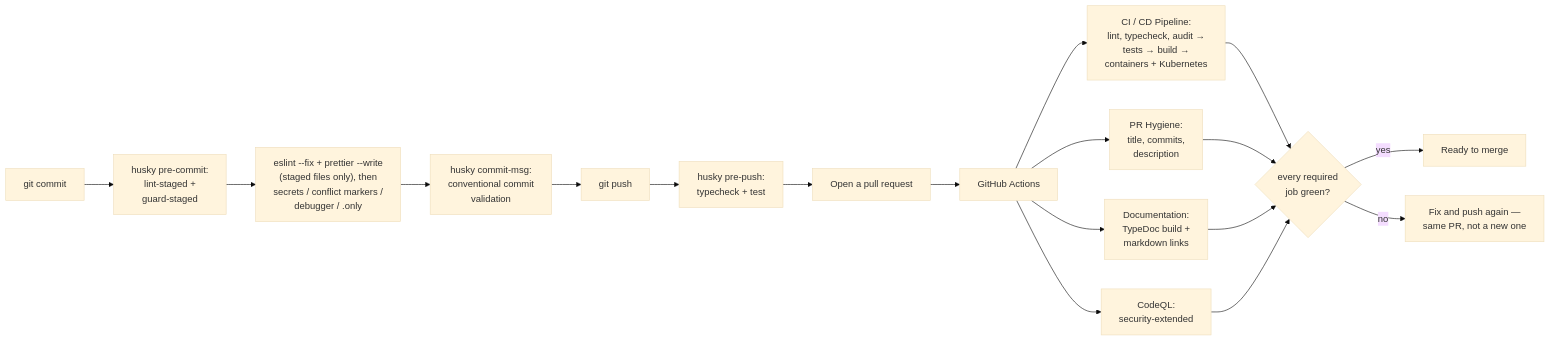
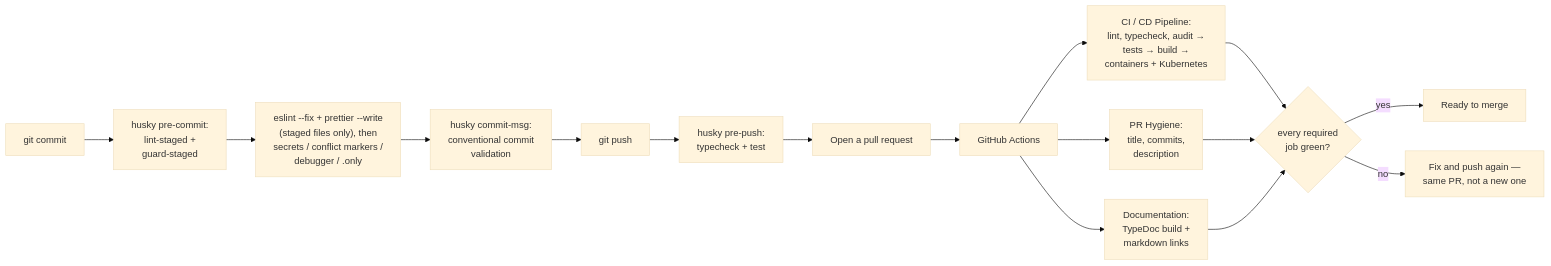
The diagram in CONTRIBUTING.md (hoangsonww/Threadline-RealTime-Collab), drawn with Mermaid (base theme) before and after one commit. The commit also changed 10 other files, not shown here.

````diff
--- a/CONTRIBUTING.md
+++ b/CONTRIBUTING.md
@@ -41,20 +41,18 @@
 ```mermaid
 flowchart LR
     Commit["git commit"] --> PreCommit["husky pre-commit:<br/>lint-staged +<br/>guard-staged"]
     PreCommit --> Fix["eslint --fix + prettier --write<br/>(staged files only), then<br/>secrets / conflict markers /<br/>debugger / .only"]
     Fix --> Msg["husky commit-msg:<br/>conventional commit<br/>validation"]
     Msg --> Push["git push"]
     Push --> PrePush["husky pre-push:<br/>typecheck + test"]
     PrePush --> PR["Open a pull request"]
     PR --> CI["GitHub Actions"]
     CI --> Pipeline["CI / CD Pipeline:<br/>lint, typecheck, audit →<br/>tests → build →<br/>containers + Kubernetes"]
     CI --> Hygiene["PR Hygiene:<br/>title, commits,<br/>description"]
     CI --> Docs["Documentation:<br/>TypeDoc build +<br/>markdown links"]
-    CI --> Scan["CodeQL:<br/>security-extended"]
     Pipeline --> Gate{"every required<br/>job green?"}
     Hygiene --> Gate
     Docs --> Gate
-    Scan --> Gate
     Gate -- yes --> Merge["Ready to merge"]
     Gate -- no --> Fail["Fix and push again —<br/>same PR, not a new one"]
 ```
````
